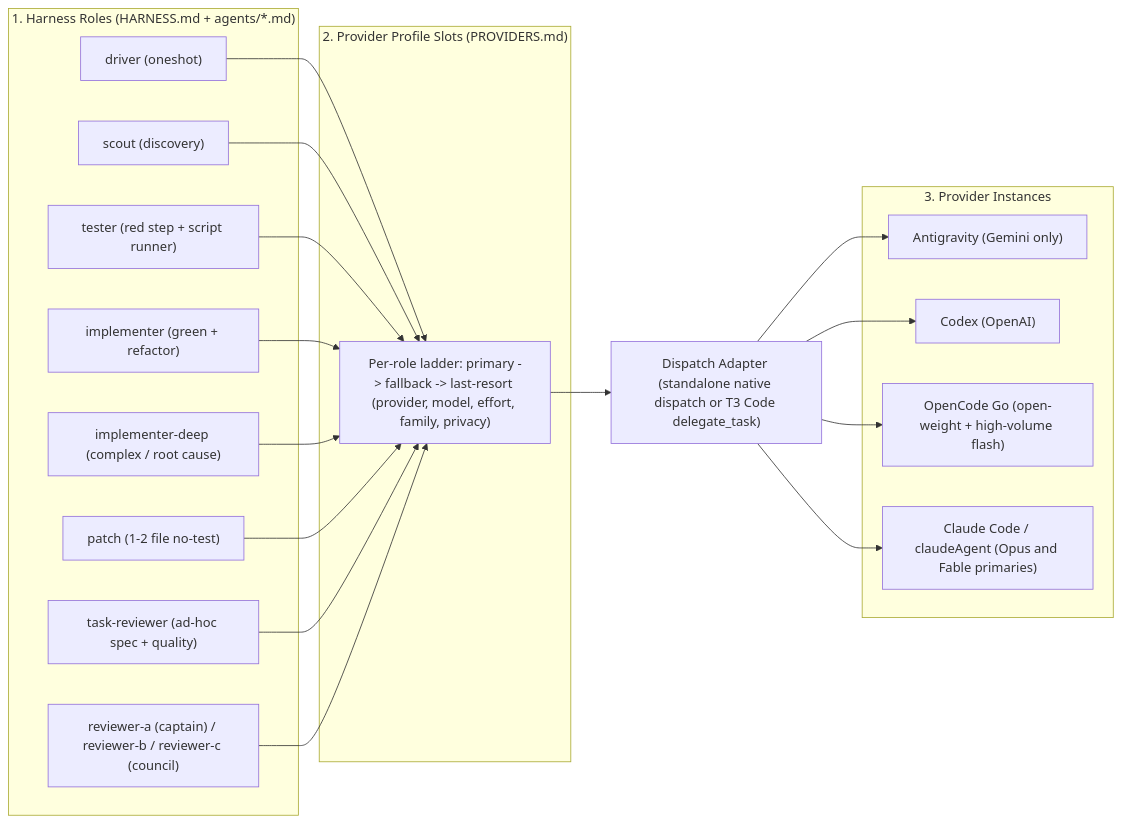
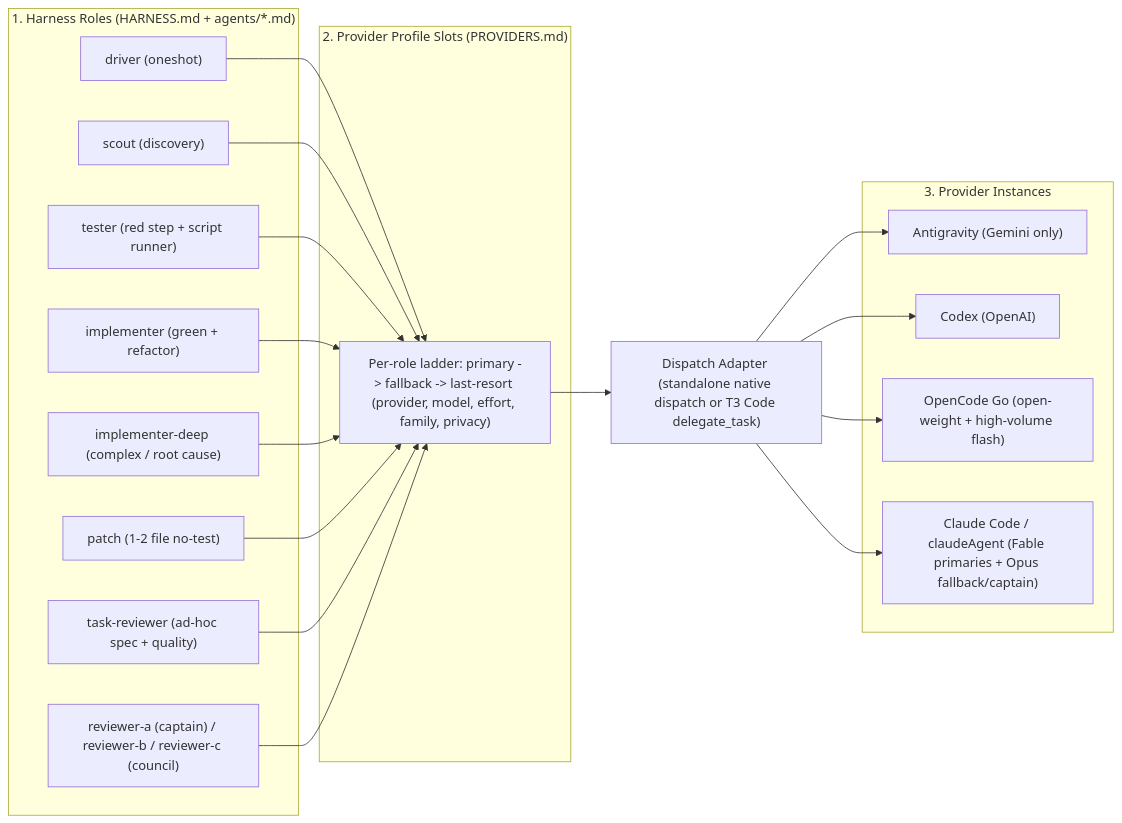
The first of 3 diagrams in README.md (DennisLoska/skills), drawn with Mermaid before and after one commit. The commit also changed other lines of this file and 15 other files, not shown here.

````diff
--- a/README.md
+++ b/README.md
@@ -134,40 +134,40 @@
 ```mermaid
 flowchart LR
   subgraph L1["1. Harness Roles (HARNESS.md + agents/*.md)"]
     R_DRV["driver (oneshot)"]
     R_SCT["scout (discovery)"]
     R_TST["tester (red step + script runner)"]
     R_IMP["implementer (green + refactor)"]
     R_IMD["implementer-deep (complex / root cause)"]
     R_PAT["patch (1-2 file no-test)"]
     R_TRV["task-reviewer (ad-hoc spec + quality)"]
     R_CNC["reviewer-a (captain) / reviewer-b / reviewer-c (council)"]
   end
 
   subgraph L2["2. Provider Profile Slots (PROVIDERS.md)"]
     SLOTS["Per-role ladder: primary -> fallback -> last-resort (provider, model, effort, family, privacy)"]
   end
 
   DA["Dispatch Adapter (standalone native dispatch or T3 Code delegate_task)"]
 
   subgraph L3["3. Provider Instances"]
     P_AG["Antigravity (Gemini only)"]
     P_CX["Codex (OpenAI)"]
     P_GO["OpenCode Go (open-weight + high-volume flash)"]
-    P_CC["Claude Code / claudeAgent (Opus and Fable primaries)"]
+    P_CC["Claude Code / claudeAgent (Fable primaries + Opus fallback/captain)"]
   end
 
   R_DRV --> SLOTS
   R_SCT --> SLOTS
   R_TST --> SLOTS
   R_IMP --> SLOTS
   R_IMD --> SLOTS
   R_PAT --> SLOTS
   R_TRV --> SLOTS
   R_CNC --> SLOTS
   SLOTS --> DA
   DA --> P_AG
   DA --> P_CX
   DA --> P_GO
   DA --> P_CC
 ```
````
